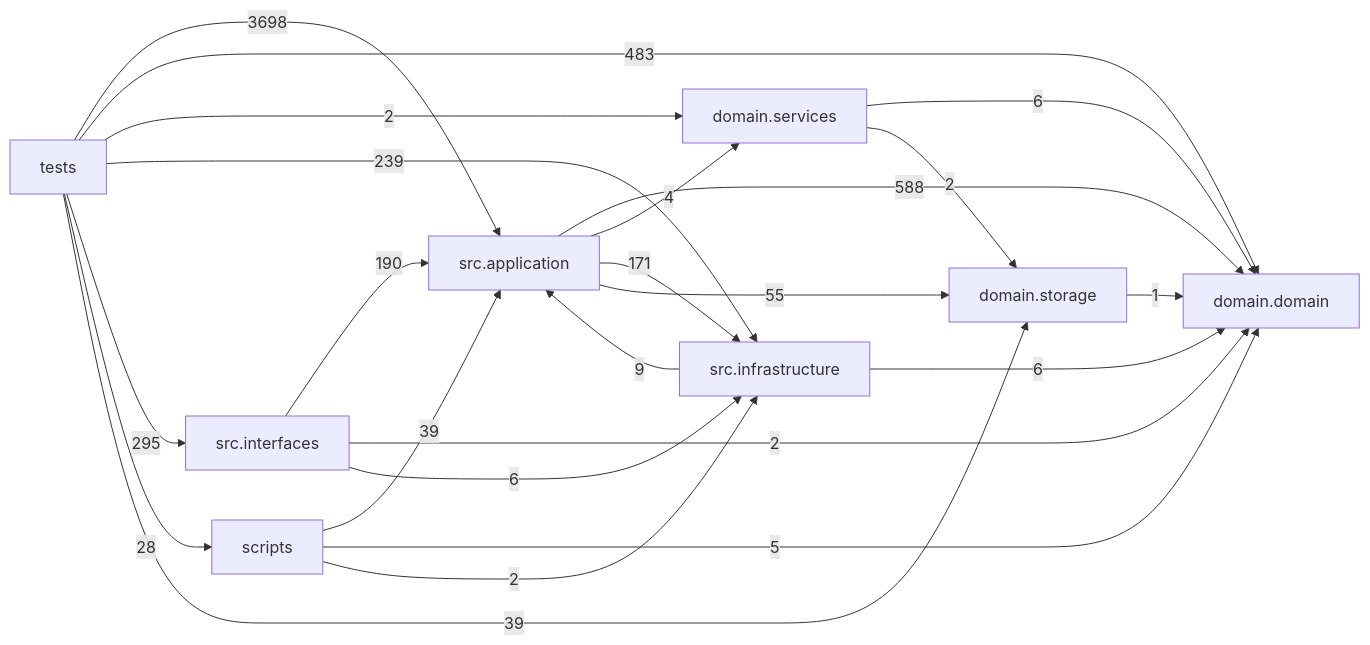
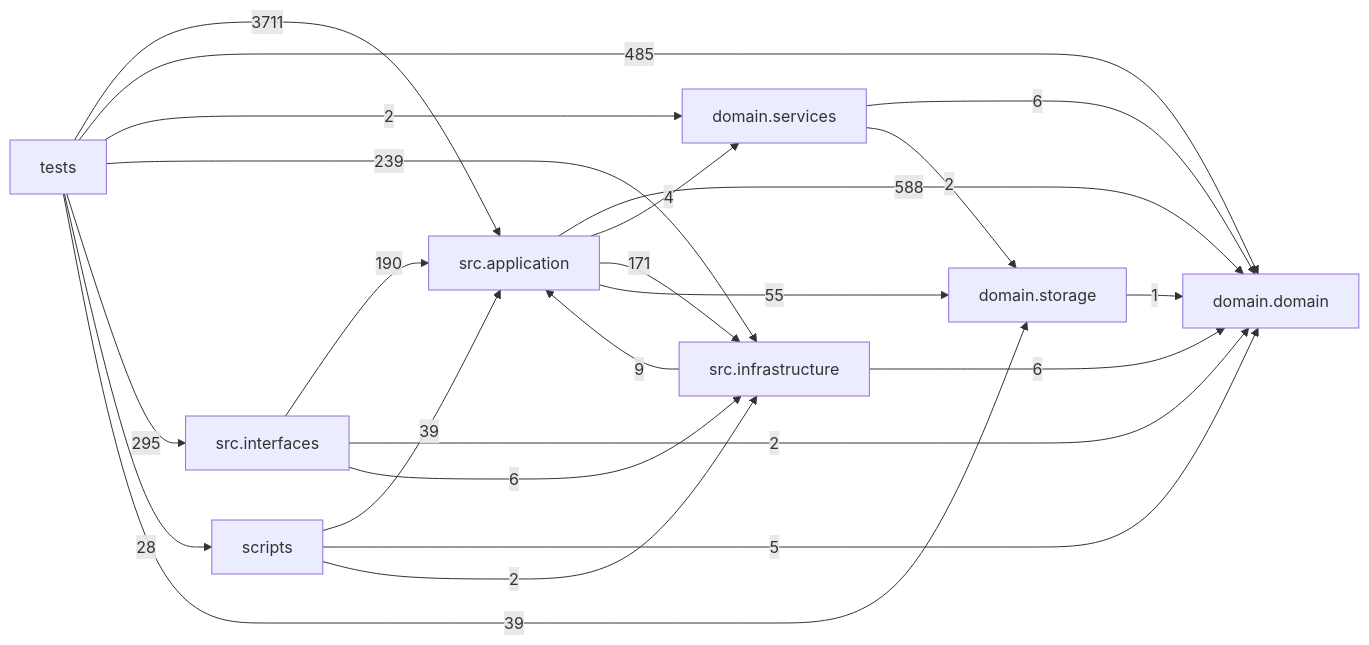
Before and after one commit to liuxie066/options-monitor: the diagram in docs/DEPENDENCY_GRAPH.md, drawn with Mermaid. The commit also changed other lines of this file and 1 other file, not shown here.

````diff
--- a/docs/DEPENDENCY_GRAPH.md
+++ b/docs/DEPENDENCY_GRAPH.md
@@ -24,33 +24,33 @@
 ```mermaid
 flowchart LR
   tests["tests"]
   scripts["scripts"]
   interfaces["src.interfaces"]
   application["src.application"]
   infrastructure["src.infrastructure"]
   domain_services["domain.services"]
   domain["domain.domain"]
   storage["domain.storage"]
   application -->|588| domain
   application -->|4| domain_services
   application -->|171| infrastructure
   application -->|55| storage
   domain_services -->|6| domain
   domain_services -->|2| storage
   infrastructure -->|9| application
   infrastructure -->|6| domain
   interfaces -->|190| application
   interfaces -->|2| domain
   interfaces -->|6| infrastructure
   scripts -->|39| application
   scripts -->|5| domain
   scripts -->|2| infrastructure
   storage -->|1| domain
-  tests -->|3698| application
-  tests -->|483| domain
+  tests -->|3711| application
+  tests -->|485| domain
   tests -->|2| domain_services
   tests -->|239| infrastructure
   tests -->|295| interfaces
   tests -->|28| scripts
   tests -->|39| storage
 ```
````
